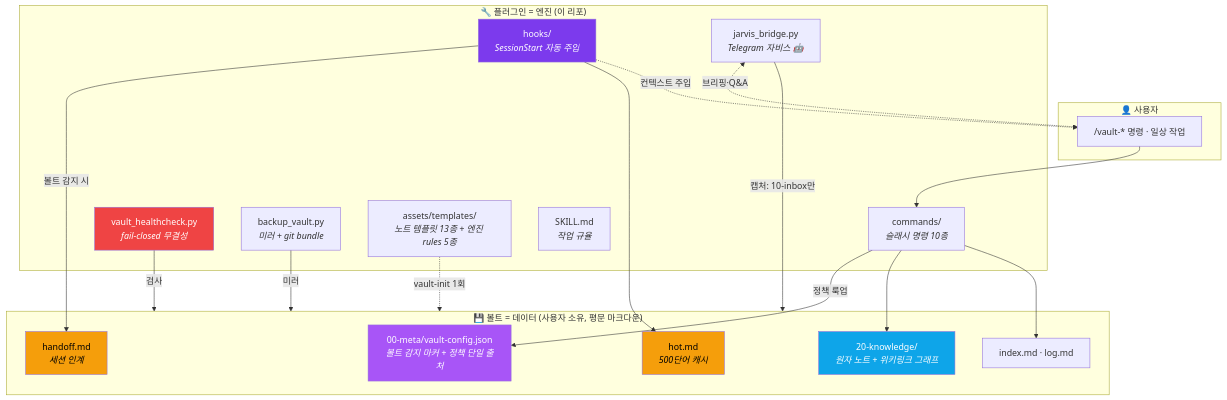
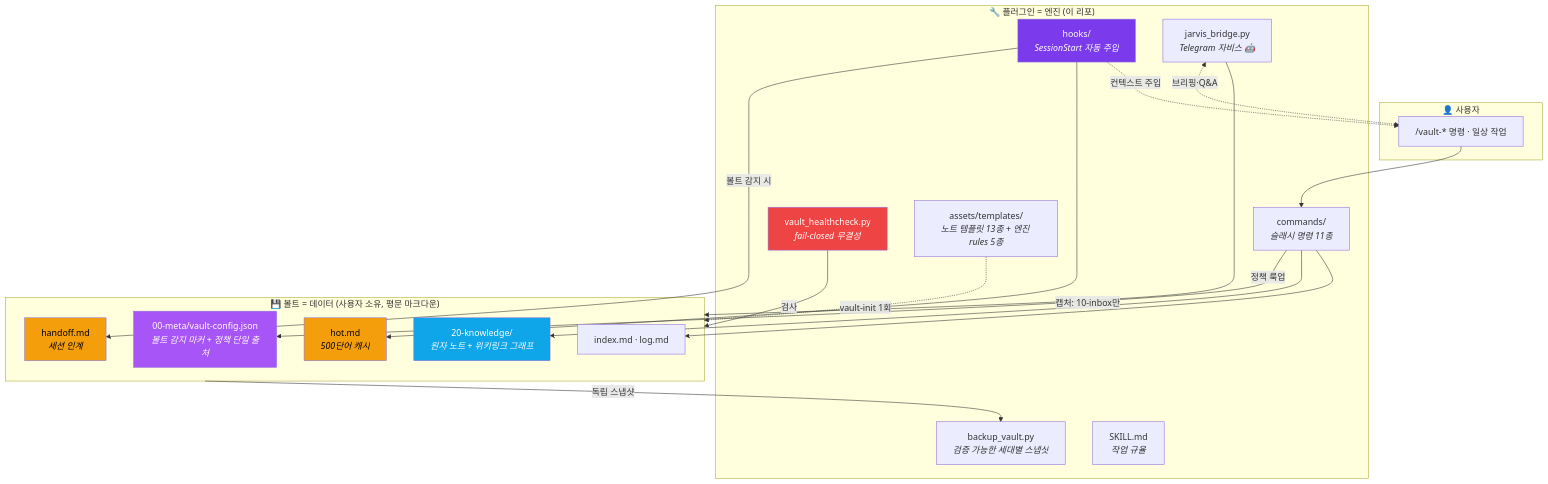
One commit to Technoetic/agentic-vault changed the second of 5 diagrams in README.md. Above: the diagram before and after it, drawn with Mermaid. The commit also changed other lines of this file and 57 other files, not shown here.

````diff
--- a/README.md
+++ b/README.md
@@ -96,44 +97,44 @@
 ```mermaid
 flowchart TB
     subgraph user["👤 사용자"]
         U["/vault-* 명령 · 일상 작업"]
     end
 
     subgraph plugin["🔧 플러그인 = 엔진 (이 리포)"]
-        CMD["commands/<br/><i>슬래시 명령 10종</i>"]
+        CMD["commands/<br/><i>슬래시 명령 11종</i>"]
         HOOK["hooks/<br/><i>SessionStart 자동 주입</i>"]
         HC["vault_healthcheck.py<br/><i>fail-closed 무결성</i>"]
-        BK["backup_vault.py<br/><i>미러 + git bundle</i>"]
+        BK["backup_vault.py<br/><i>검증 가능한 세대별 스냅샷</i>"]
         JB["jarvis_bridge.py<br/><i>Telegram 자비스 🤖</i>"]
         TPL["assets/templates/<br/><i>노트 템플릿 13종 + 엔진 rules 5종</i>"]
         SK["SKILL.md<br/><i>작업 규율</i>"]
     end
 
     subgraph vault["💾 볼트 = 데이터 (사용자 소유, 평문 마크다운)"]
         CFG["00-meta/vault-config.json<br/><i>볼트 감지 마커 + 정책 단일 출처</i>"]
         HOT["hot.md<br/><i>500단어 캐시</i>"]
         HND["handoff.md<br/><i>세션 인계</i>"]
         IDX["index.md · log.md"]
         KNW["20-knowledge/<br/><i>원자 노트 + 위키링크 그래프</i>"]
     end
 
     U --> CMD
     TPL -.vault-init 1회.-> vault
     CMD -->|정책 룩업| CFG
     CMD --> KNW
     CMD --> IDX
     HOOK -->|볼트 감지 시| HND
     HOOK --> HOT
     HOOK -.컨텍스트 주입.-> U
     HC -->|검사| vault
-    BK -->|미러| vault
+    vault -->|독립 스냅샷| BK
     JB -->|캡처: 10-inbox만| vault
     JB <-.->|브리핑·Q&A| U
 
     style CFG fill:#A855F7,color:#fff
     style HOOK fill:#7C3AED,color:#fff
     style HC fill:#EF4444,color:#fff
     style HOT fill:#F59E0B,color:#000
     style HND fill:#F59E0B,color:#000
     style KNW fill:#0EA5E9,color:#fff
 ```
````
